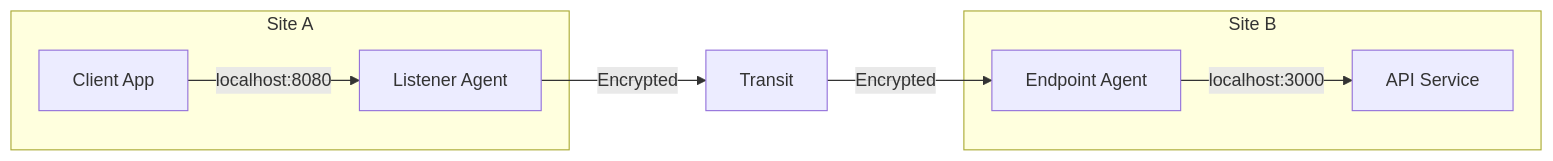
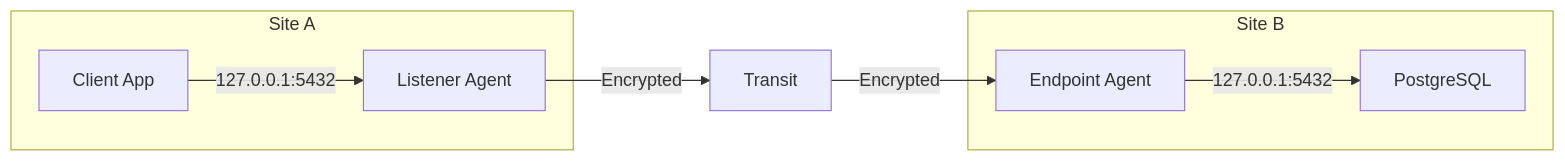
One commit to Muti-Metroo/Muti-Metroo changed the diagram in docs/docs/features/port-forwarding.md. Above: the diagram before and after it, drawn with Mermaid. The commit also changed other lines of this file and 156 other files, not shown here.

````diff
--- a/docs/docs/features/port-forwarding.md
+++ b/docs/docs/features/port-forwarding.md
@@ -14,13 +15,13 @@
 ```mermaid
 flowchart LR
     subgraph SiteA["Site A"]
-        App[Client App] -->|"localhost:8080"| Listener[Listener Agent]
+        App[Client App] -->|"127.0.0.1:5432"| Listener[Listener Agent]
     end
 
     Listener -->|Encrypted| Transit[Transit]
     Transit -->|Encrypted| Endpoint[Endpoint Agent]
 
     subgraph SiteB["Site B"]
-        Endpoint -->|"localhost:3000"| Service[API Service]
+        Endpoint -->|"127.0.0.1:5432"| Service[PostgreSQL]
     end
 ```
````
